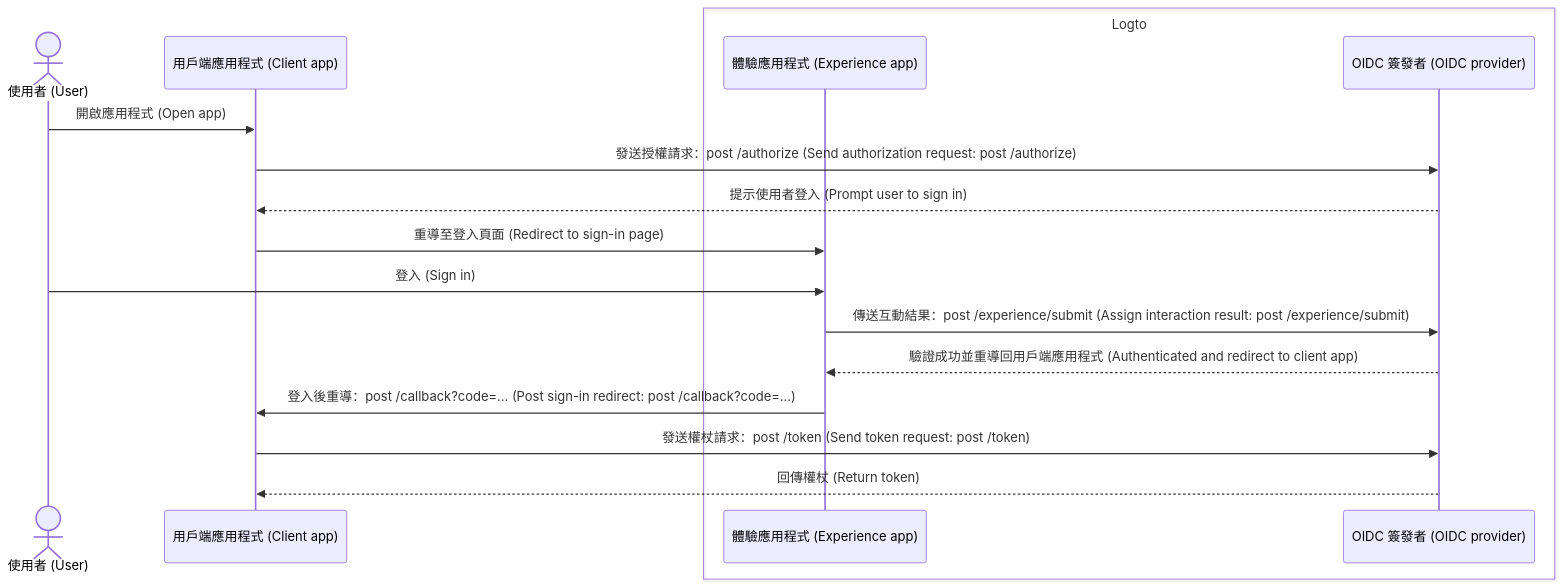
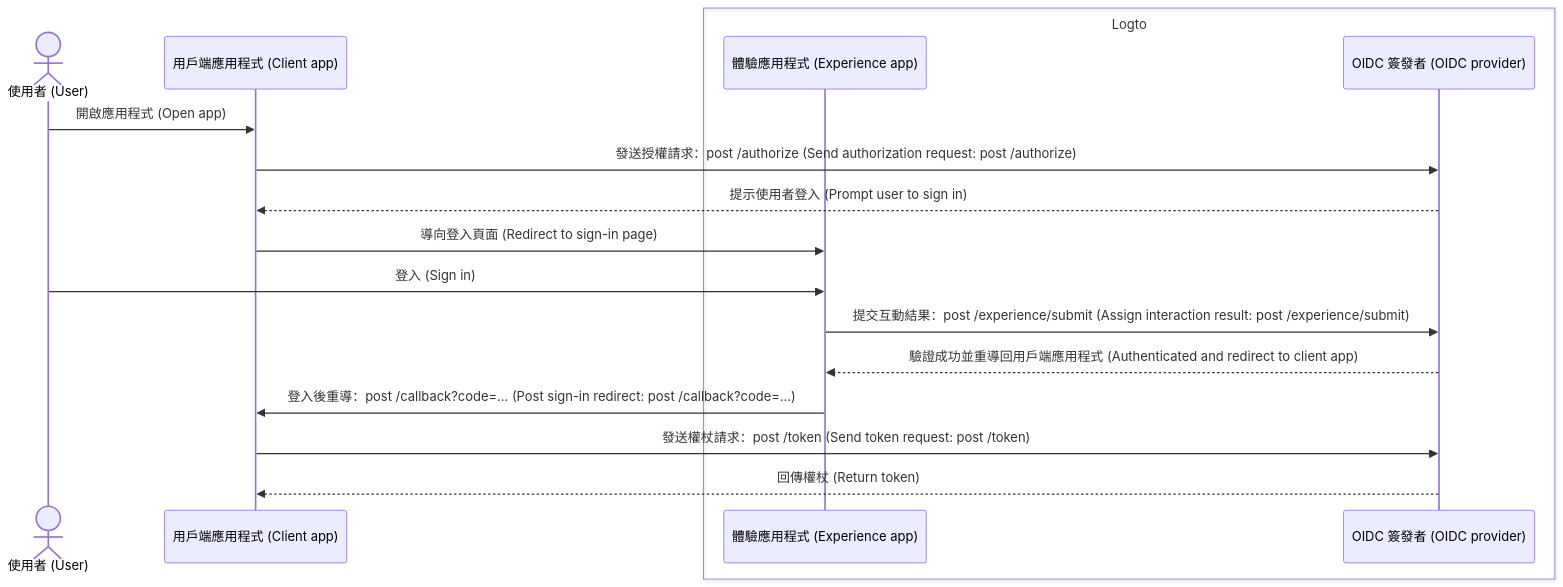
Before and after one commit to logto-io/docs: the first of 2 diagrams in i18n/zh-TW/docusaurus-plugin-content-docs/current/end-user-flows/sign-up-and-sign-in/README.mdx, drawn with Mermaid. The commit also changed other lines of this file and 145 other files, not shown here.

````diff
--- a/i18n/zh-TW/docusaurus-plugin-content-docs/current/end-user-flows/sign-up-and-sign-in/README.mdx
+++ b/i18n/zh-TW/docusaurus-plugin-content-docs/current/end-user-flows/sign-up-and-sign-in/README.mdx
@@ -15,21 +15,21 @@
 ```mermaid
 sequenceDiagram
   actor user as 使用者 (User)
   participant client as 用戶端應用程式 (Client app)
 
   box Logto
     participant experience as 體驗應用程式 (Experience app)
     participant oidc as OIDC 簽發者 (OIDC provider)
   end
 
   user ->> client: 開啟應用程式 (Open app)
   client ->> oidc: 發送授權請求：post /authorize (Send authorization request: post /authorize)
   oidc -->> client: 提示使用者登入 (Prompt user to sign in)
-  client ->> experience: 重導至登入頁面 (Redirect to sign-in page)
+  client ->> experience: 導向登入頁面 (Redirect to sign-in page)
   user ->> experience: 登入 (Sign in)
-  experience ->> oidc: 傳送互動結果：post /experience/submit (Assign interaction result: post /experience/submit)
+  experience ->> oidc: 提交互動結果：post /experience/submit (Assign interaction result: post /experience/submit)
   oidc -->> experience: 驗證成功並重導回用戶端應用程式 (Authenticated and redirect to client app)
   experience ->> client: 登入後重導：post /callback?code=... (Post sign-in redirect:  post /callback?code=...)
   client ->> oidc: 發送權杖請求：post /token (Send token request: post /token)
   oidc -->> client: 回傳權杖 (Return token)
 ```
````
